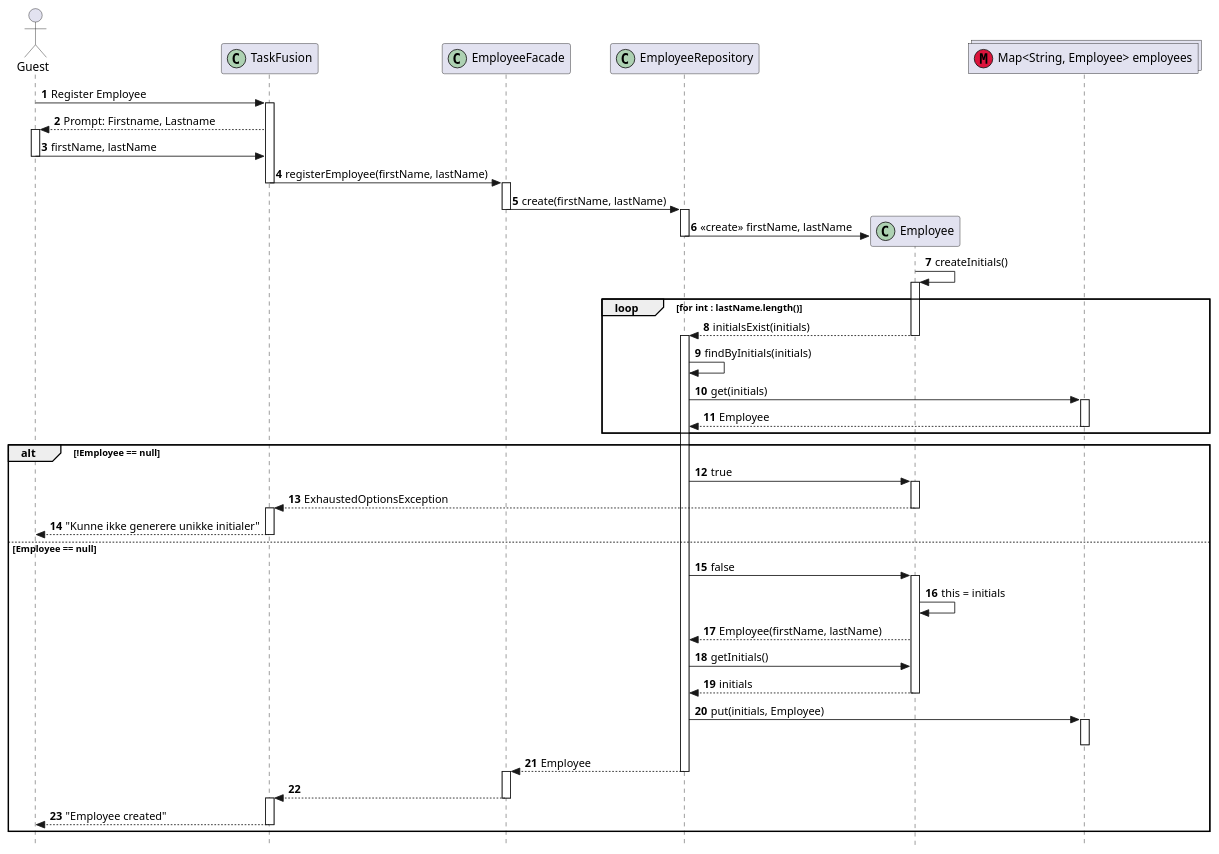
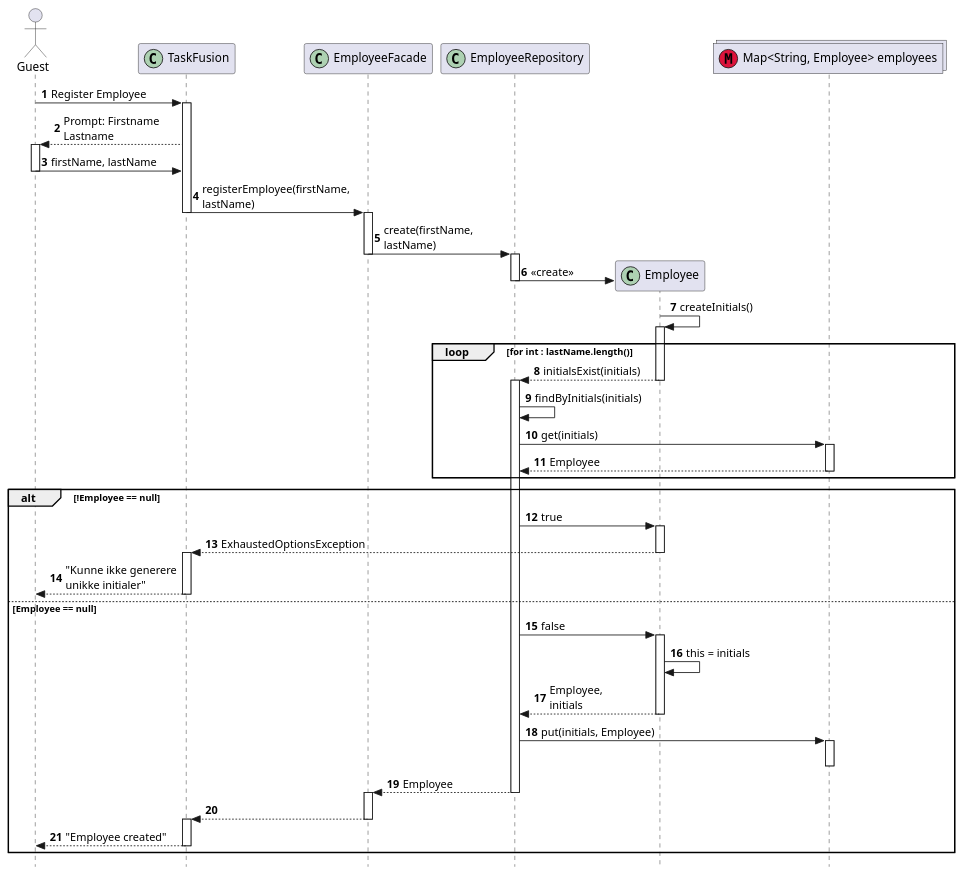
One commit to rwiuff/02161ExamProject changed the diagram in RequirementsAndDesign/SequenceDiagrams/registerEmployee.puml. Above: the diagram before and after it, drawn with PlantUML. The commit also changed 23 other files, not shown here.

```diff
--- a/RequirementsAndDesign/SequenceDiagrams/registerEmployee.puml
+++ b/RequirementsAndDesign/SequenceDiagrams/registerEmployee.puml
@@ -1,43 +1,41 @@
 @startuml seqRegisterEmployee
 autonumber
 hide footbox
 skinparam style strictuml
 hide unlinked
 actor "Guest" as guest
 participant "TaskFusion" as app << (C,#ADD1B2) >>
 participant "EmployeeFacade" as empfacade << (C,#ADD1B2) >>
 participant "EmployeeRepository" as emprepo << (C,#ADD1B2) >>
 participant "Employee" as emp << (C,#ADD1B2) >>
 collections "Map<String, Employee> employees" as emps << (M,Crimson) >>
 
 guest -> app++: Register Employee
-app --> guest++: Prompt: Firstname, Lastname
+app --> guest++: Prompt: Firstname\nLastname
 guest -> app--: firstName, lastName
-app -> empfacade--++: registerEmployee(firstName, lastName)
-empfacade -> emprepo--++: create(firstName, lastName)
-emprepo -> emp**: <<create>> firstName, lastName
+app -> empfacade--++: registerEmployee(firstName,\nlastName)
+empfacade -> emprepo--++: create(firstName,\nlastName)
+emprepo -> emp**: <<create>>
 deactivate emprepo
 emp -> emp++: createInitials()
 loop for int : lastName.length()
     emp --> emprepo--++: initialsExist(initials)
     emprepo -> emprepo: findByInitials(initials)
     emprepo -> emps++: get(initials)
     emps --> emprepo--: Employee
 end
 alt !Employee == null
     emprepo -> emp++: true
     emp --> app--++: ExhaustedOptionsException
-    app --> guest--: "Kunne ikke generere unikke initialer"
+    app --> guest--: "Kunne ikke generere\nunikke initialer"
 else Employee == null
     emprepo -> emp++: false
     emp -> emp: this = initials
-    emp --> emprepo: Employee(firstName, lastName)
-    emprepo -> emp: getInitials()
-    emp --> emprepo--: initials
+    emp --> emprepo--: Employee,\ninitials
     emprepo -> emps++: put(initials, Employee)
     deactivate emps
     emprepo --> empfacade--++: Employee
     empfacade --> app --++
     app --> guest--: "Employee created"
 end
 @enduml
```
